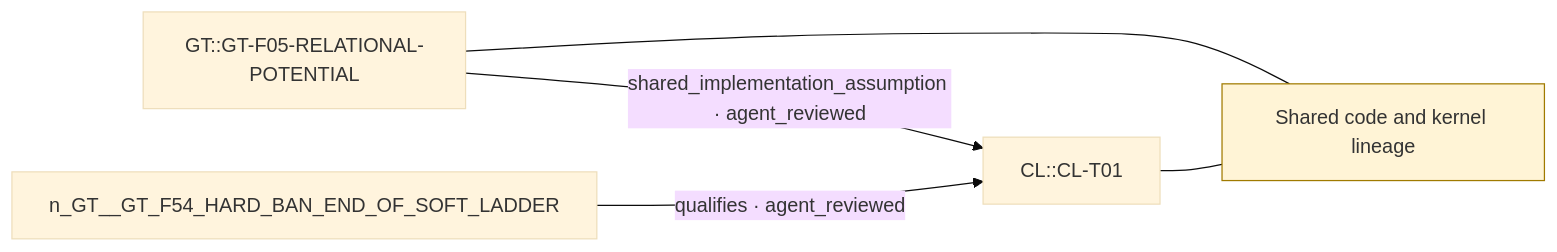
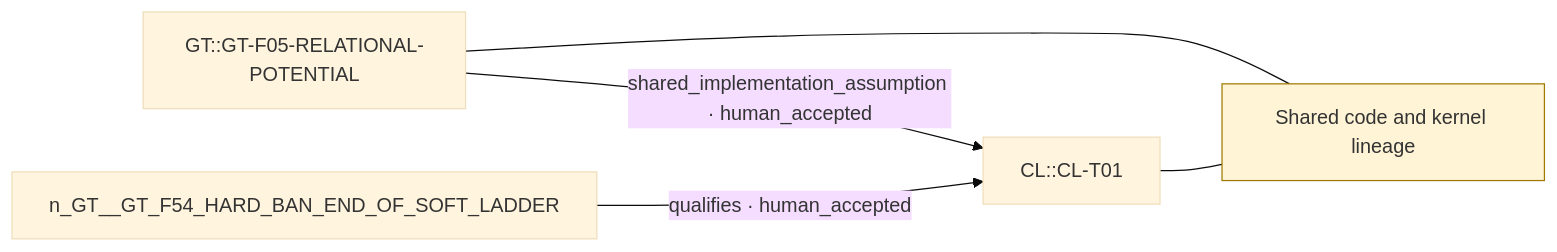
One commit to gellsmore-svg/Relational-Substrate changed the diagram in research-synthesis/generated/themes/shared-lineage.mmd. Above: the diagram before and after it, drawn with Mermaid (base theme). The commit also changed 39 other files, not shown here.

```diff
--- a/research-synthesis/generated/themes/shared-lineage.mmd
+++ b/research-synthesis/generated/themes/shared-lineage.mmd
@@ -1,7 +1,7 @@
 graph LR
   n_C__shared_lineage["Shared code and kernel lineage"]:::concept
   n_CL__CL_T01["CL::CL-T01"] --- n_C__shared_lineage
   n_GT__GT_F05_RELATIONAL_POTENTIAL["GT::GT-F05-RELATIONAL-POTENTIAL"] --- n_C__shared_lineage
-  n_GT__GT_F05_RELATIONAL_POTENTIAL -->|shared_implementation_assumption · agent_reviewed| n_CL__CL_T01
-  n_GT__GT_F54_HARD_BAN_END_OF_SOFT_LADDER -->|qualifies · agent_reviewed| n_CL__CL_T01
+  n_GT__GT_F05_RELATIONAL_POTENTIAL -->|shared_implementation_assumption · human_accepted| n_CL__CL_T01
+  n_GT__GT_F54_HARD_BAN_END_OF_SOFT_LADDER -->|qualifies · human_accepted| n_CL__CL_T01
   classDef concept fill:#fff4d6,stroke:#a07a00
```
